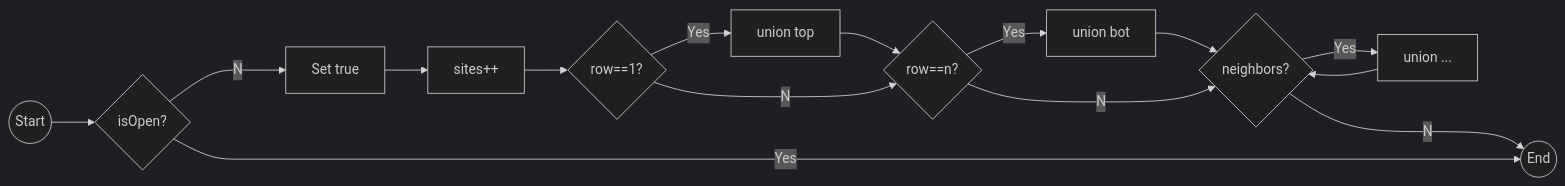
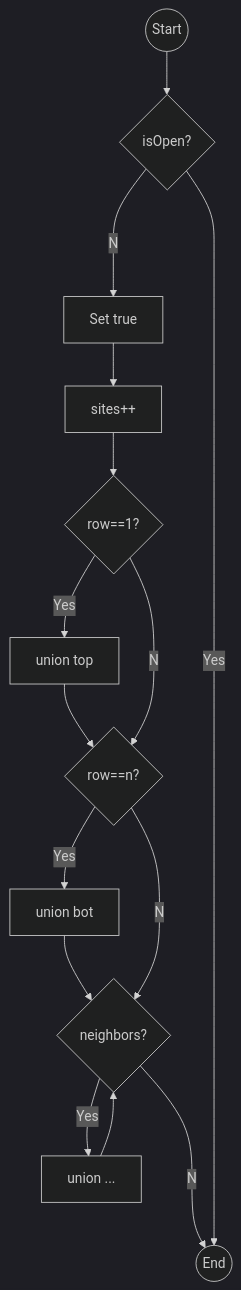
One commit to AmpongJkevin2/Flowchart- changed the diagram in problemSet2/Percolation.mmd. Above: the diagram before and after it, drawn with Mermaid (dark theme). The commit also changed 6 other files, not shown here.

```diff
--- a/problemSet2/Percolation.mmd
+++ b/problemSet2/Percolation.mmd
@@ -1,1 +1,1 @@
-graph LR; A((Start))-->B{isOpen?}; B--No-->C[Set true]; C-->D["sites++"]; D-->E{row==1?}; E--Yes-->F[union top]; F-->G{row==n?}; E--No-->G; G--Yes-->H[union bot]; H-->I{neighbors?}; G--No-->I; I--Yes-->J[union ...]; J-->I; I--No-->Z((End)); B--Yes-->Z;
+graph TD; A((Start))-->B{isOpen?}; B--No-->C[Set true]; C-->D["sites++"]; D-->E{row==1?}; E--Yes-->F[union top]; F-->G{row==n?}; E--No-->G; G--Yes-->H[union bot]; H-->I{neighbors?}; G--No-->I; I--Yes-->J[union ...]; J-->I; I--No-->Z((End)); B--Yes-->Z;
```
